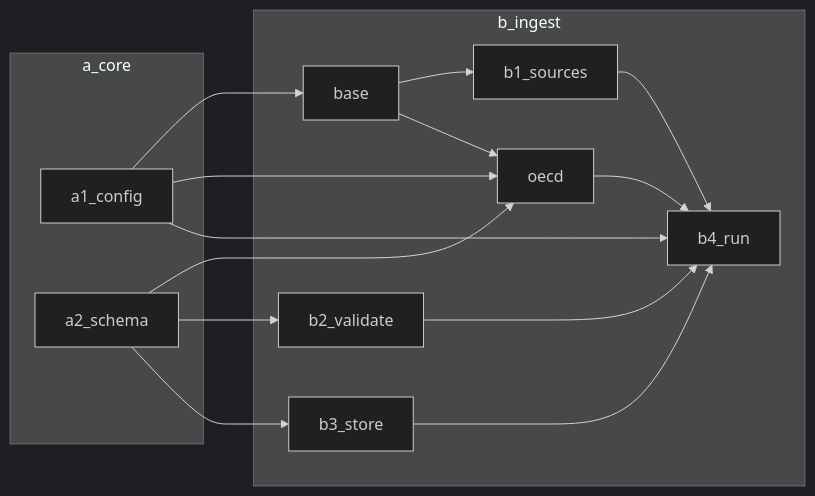
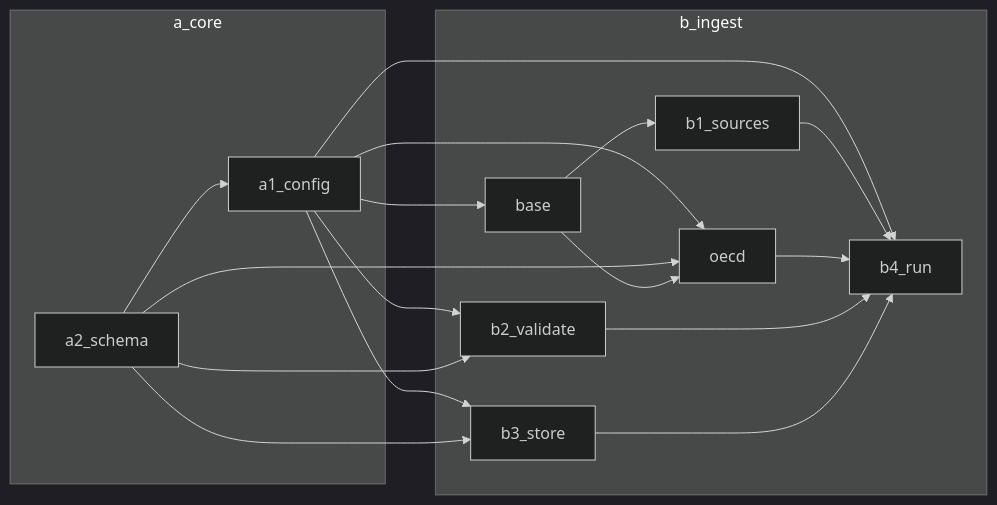
The first of 9 diagrams in docs/architecture.md (bsawyerg15/MacroScan), drawn with Mermaid (dark theme) before and after one commit. The commit also changed other lines of this file and 13 other files, not shown here.

````diff
--- a/docs/architecture.md
+++ b/docs/architecture.md
@@ -7,35 +7,38 @@
 ```mermaid
 flowchart LR
   subgraph a_core
     a_core_a1_config["a1_config"]
     a_core_a2_schema["a2_schema"]
   end
   subgraph b_ingest
     b_ingest_b1_sources["b1_sources"]
     b_ingest_b1_sources_base["base"]
     b_ingest_b1_sources_oecd["oecd"]
     b_ingest_b2_validate["b2_validate"]
     b_ingest_b3_store["b3_store"]
     b_ingest_b4_run["b4_run"]
   end
+  a_core_a2_schema --> a_core_a1_config
   b_ingest_b1_sources_base --> b_ingest_b1_sources
   a_core_a1_config --> b_ingest_b1_sources_base
   a_core_a1_config --> b_ingest_b1_sources_oecd
   a_core_a2_schema --> b_ingest_b1_sources_oecd
   b_ingest_b1_sources_base --> b_ingest_b1_sources_oecd
+  a_core_a1_config --> b_ingest_b2_validate
   a_core_a2_schema --> b_ingest_b2_validate
+  a_core_a1_config --> b_ingest_b3_store
   a_core_a2_schema --> b_ingest_b3_store
   a_core_a1_config --> b_ingest_b4_run
   b_ingest_b1_sources --> b_ingest_b4_run
   b_ingest_b1_sources_oecd --> b_ingest_b4_run
   b_ingest_b2_validate --> b_ingest_b4_run
   b_ingest_b3_store --> b_ingest_b4_run
   click a_core_a1_config href "#mod-a_core-a1_config"
   click a_core_a2_schema href "#mod-a_core-a2_schema"
   click b_ingest_b1_sources href "#mod-b_ingest-b1_sources"
   click b_ingest_b1_sources_base href "#mod-b_ingest-b1_sources-base"
   click b_ingest_b1_sources_oecd href "#mod-b_ingest-b1_sources-oecd"
   click b_ingest_b2_validate href "#mod-b_ingest-b2_validate"
   click b_ingest_b3_store href "#mod-b_ingest-b3_store"
   click b_ingest_b4_run href "#mod-b_ingest-b4_run"
 ```
````
